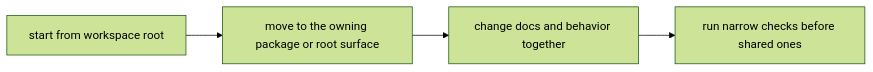
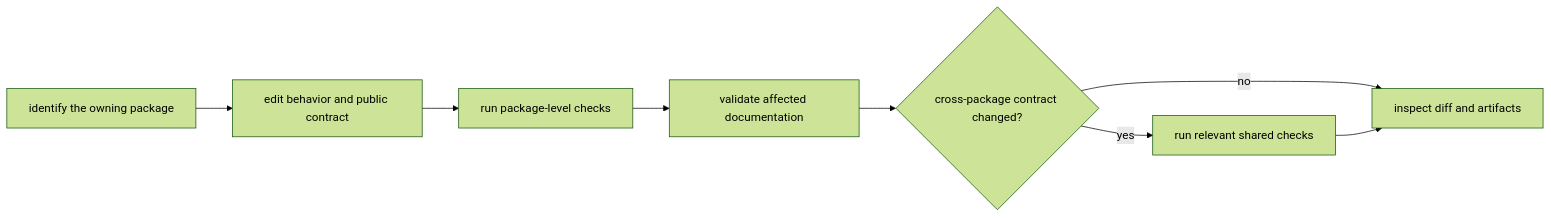
The diagram in docs/01-bijux-canon/operations/local-development.md (bijux/bijux-canon), drawn with Mermaid (forest theme) before and after one commit. The commit also changed other lines of this file and 2 other files, not shown here.

````diff
--- a/docs/01-bijux-canon/operations/local-development.md
+++ b/docs/01-bijux-canon/operations/local-development.md
@@ -17,9 +39,14 @@
 ```mermaid
 flowchart LR
-    root["start from workspace root"]
-    owner["move to the owning package or root surface"]
-    change["change docs and behavior together"]
-    checks["run narrow checks before shared ones"]
+    locate["identify the owning package"]
+    change["edit behavior and public contract"]
+    narrow["run package-level checks"]
+    docs["validate affected documentation"]
+    wider{"cross-package contract changed?"}
+    shared["run relevant shared checks"]
+    review["inspect diff and artifacts"]
 
-    root --> owner --> change --> checks
+    locate --> change --> narrow --> docs --> wider
+    wider -- no --> review
+    wider -- yes --> shared --> review
 ```
````
